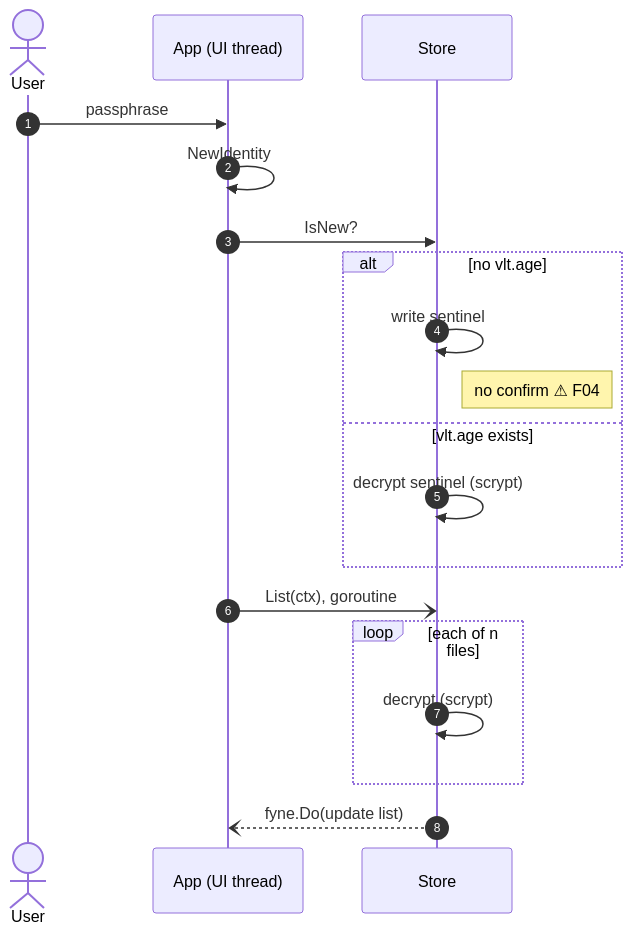
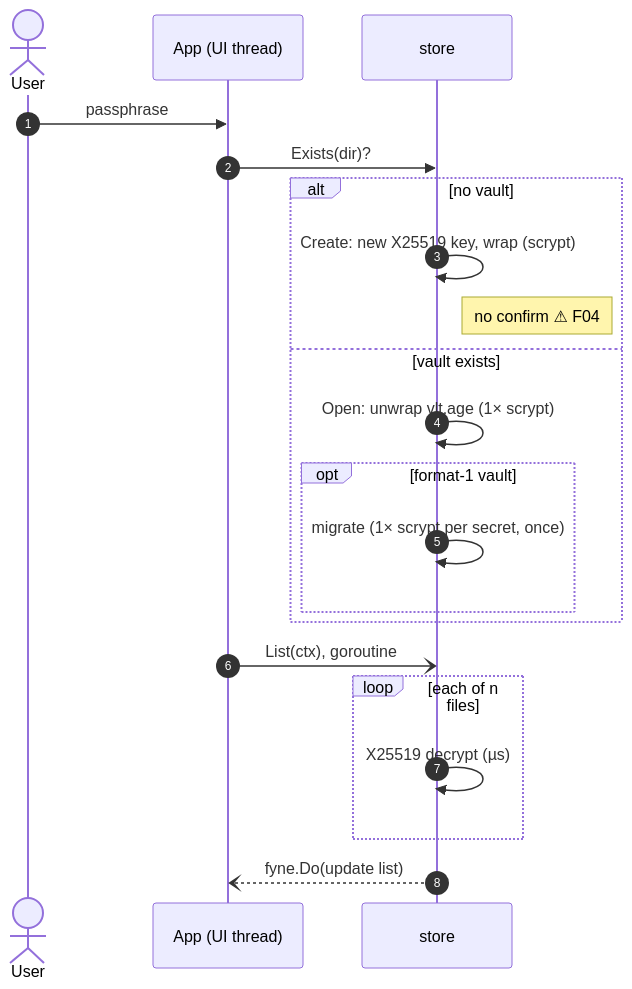
One commit to heyjdp/vlt changed the first of 2 diagrams in vault-vlt/Architecture/Unlock Flow.md. Above: the diagram before and after it, drawn with Mermaid. The commit also changed other lines of this file and 27 other files, not shown here.

First line of the commit message:
feat(crypto,store): wrap a random X25519 vault key with the passphrase (F01)

````diff
--- a/vault-vlt/Architecture/Unlock Flow.md
+++ b/vault-vlt/Architecture/Unlock Flow.md
@@ -15,21 +15,23 @@
 ```mermaid
 sequenceDiagram
     autonumber
     actor User
     participant A as App (UI thread)
-    participant S as Store
+    participant S as store
     User->>A: passphrase
-    A->>A: NewIdentity
-    A->>S: IsNew?
-    alt no vlt.age
-        S->>S: write sentinel
+    A->>S: Exists(dir)?
+    alt no vault
+        S->>S: Create: new X25519 key, wrap (scrypt)
         Note right of S: no confirm ⚠ F04
-    else vlt.age exists
-        S->>S: decrypt sentinel (scrypt)
+    else vault exists
+        S->>S: Open: unwrap vlt.age (1× scrypt)
+        opt format-1 vault
+            S->>S: migrate (1× scrypt per secret, once)
+        end
     end
     A-)S: List(ctx), goroutine
     loop each of n files
-        S->>S: decrypt (scrypt)
+        S->>S: X25519 decrypt (µs)
     end
     S--)A: fyne.Do(update list)
 ```
````
